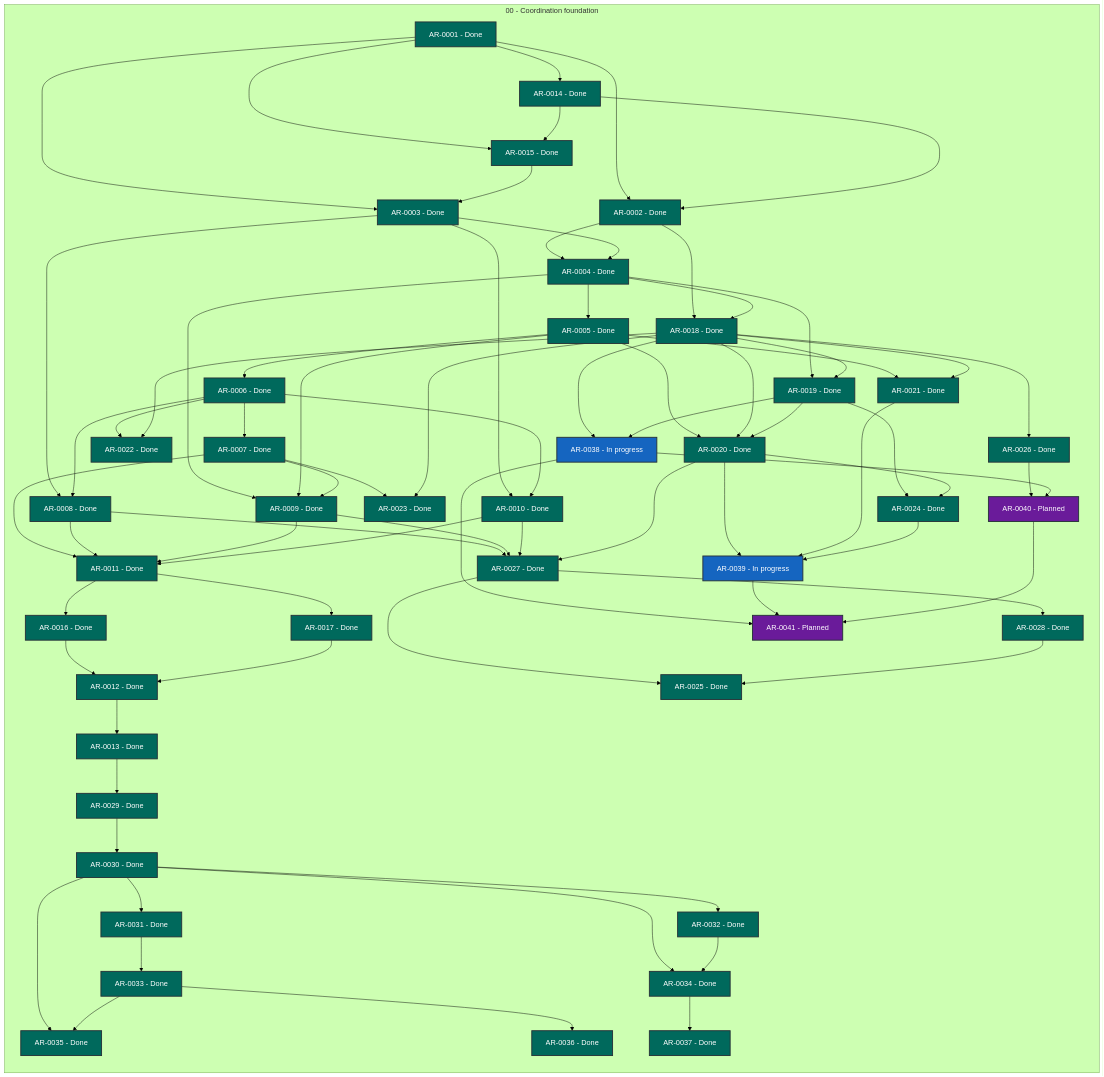
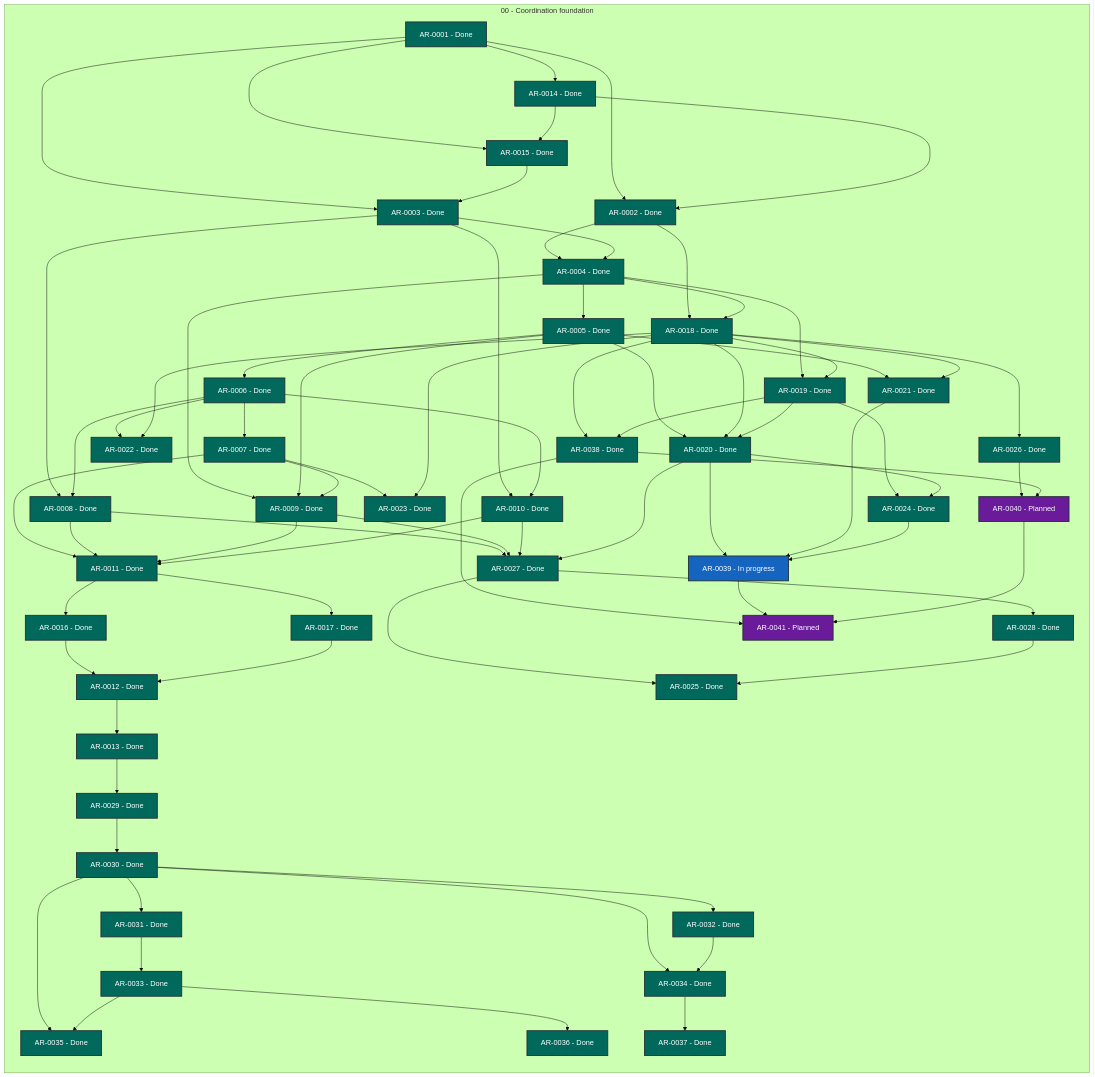
Before and after one commit to martin-beck/agent-workflow-tui-state: the diagram in STATUS.md, drawn with Mermaid (forest theme). The commit also changed other lines of this file and 2 other files, not shown here.

```diff
--- a/STATUS.md
+++ b/STATUS.md
@@ -65,7 +65,7 @@
         AR_0035["AR-0035 - Done"]:::status_done
         AR_0036["AR-0036 - Done"]:::status_done
         AR_0037["AR-0037 - Done"]:::status_done
-        AR_0038["AR-0038 - In progress"]:::status_in_progress
+        AR_0038["AR-0038 - Done"]:::status_done
         AR_0039["AR-0039 - In progress"]:::status_in_progress
         AR_0040["AR-0040 - Planned"]:::status_planned
         AR_0041["AR-0041 - Planned"]:::status_planned
```
